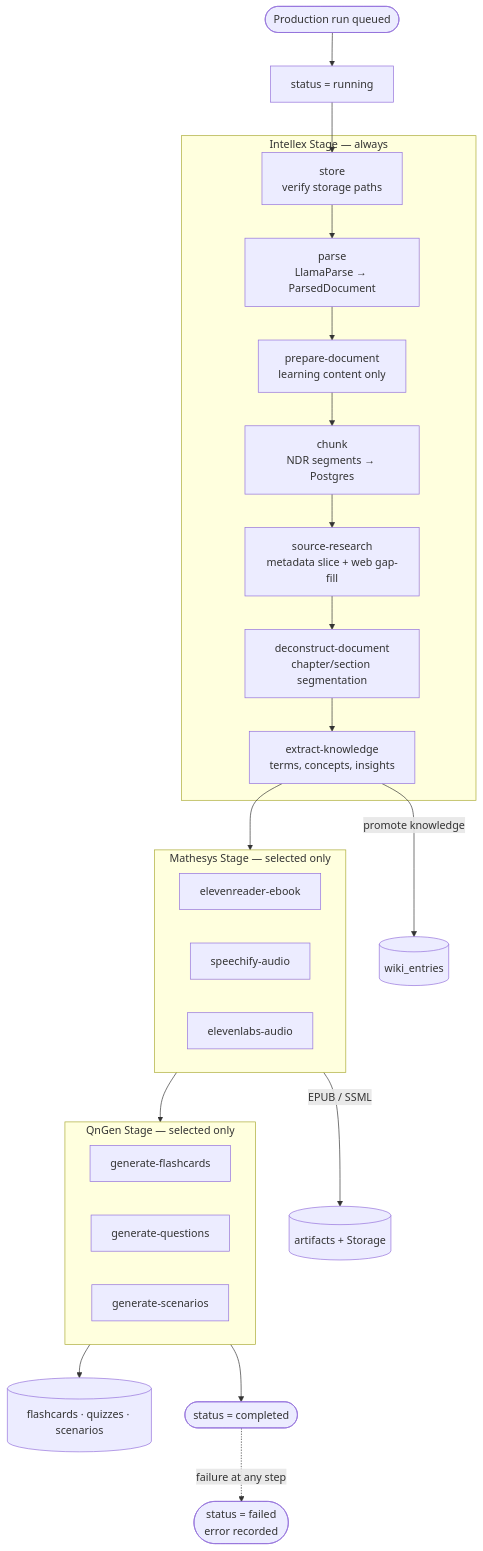
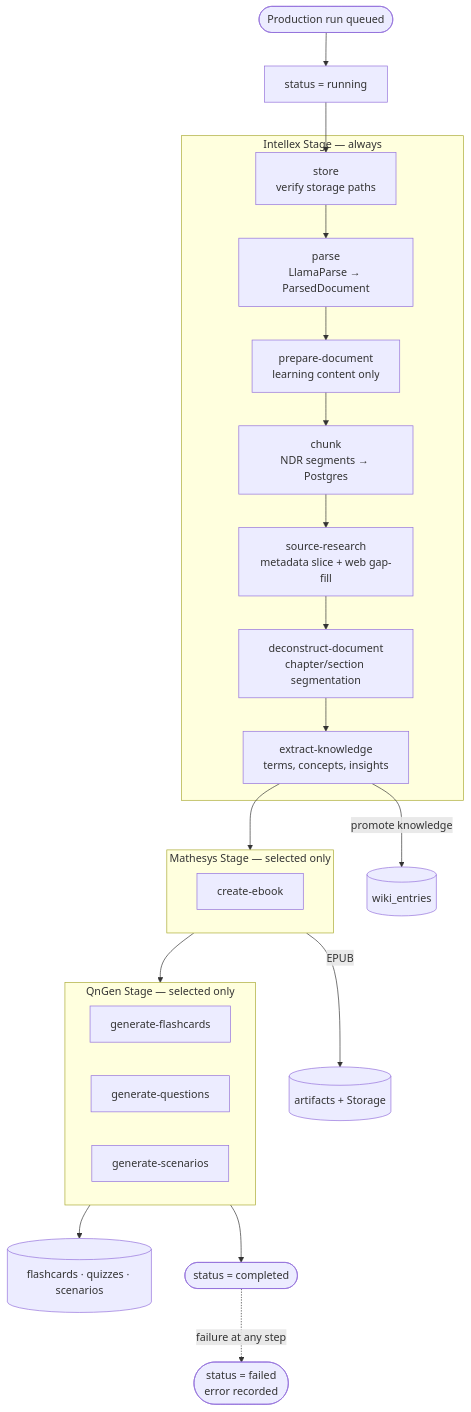
Before and after one commit to lucas-spitzer/BriefWorks: the fifth of 6 diagrams in README.md, drawn with Mermaid. The commit also changed other lines of this file and 167 other files, not shown here.

````diff
--- a/README.md
+++ b/README.md
@@ -160,37 +156,35 @@
 ```mermaid
 flowchart TD
     START([Production run queued]) --> RUNNING[status = running]
 
     subgraph intellex["Intellex Stage — always"]
         STORE[store<br/>verify storage paths]
         PARSE[parse<br/>LlamaParse → ParsedDocument]
         PREPARE[prepare-document<br/>learning content only]
         CHUNK[chunk<br/>NDR segments → Postgres]
         RESEARCH[source-research<br/>metadata slice + web gap-fill]
         DECON[deconstruct-document<br/>chapter/section segmentation]
         EXTRACT[extract-knowledge<br/>terms, concepts, insights]
         STORE --> PARSE --> PREPARE --> CHUNK --> RESEARCH --> DECON --> EXTRACT
     end
 
     subgraph mathesys["Mathesys Stage — selected only"]
-        ELEVEN[elevenreader-ebook]
-        SPAPI[speechify-audio]
-        ELLABS[elevenlabs-audio]
+        EBOOK[create-ebook]
     end
 
     subgraph qngen["QnGen Stage — selected only"]
         FLASH[generate-flashcards]
         QUIZ[generate-questions]
         SCEN[generate-scenarios]
     end
 
     RUNNING --> STORE
     EXTRACT -- promote knowledge --> WIKI[(wiki_entries)]
     EXTRACT --> mathesys
-    mathesys -- EPUB / SSML --> ART[(artifacts + Storage)]
+    mathesys -- EPUB --> ART[(artifacts + Storage)]
     mathesys --> qngen
     qngen --> ASSESS[(flashcards · quizzes · scenarios)]
     qngen --> DONE([status = completed])
 
     DONE -.failure at any step.-> FAILED([status = failed<br/>error recorded])
 ```
````
